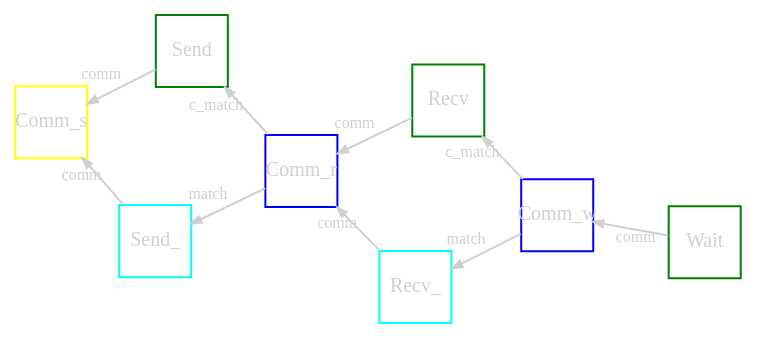
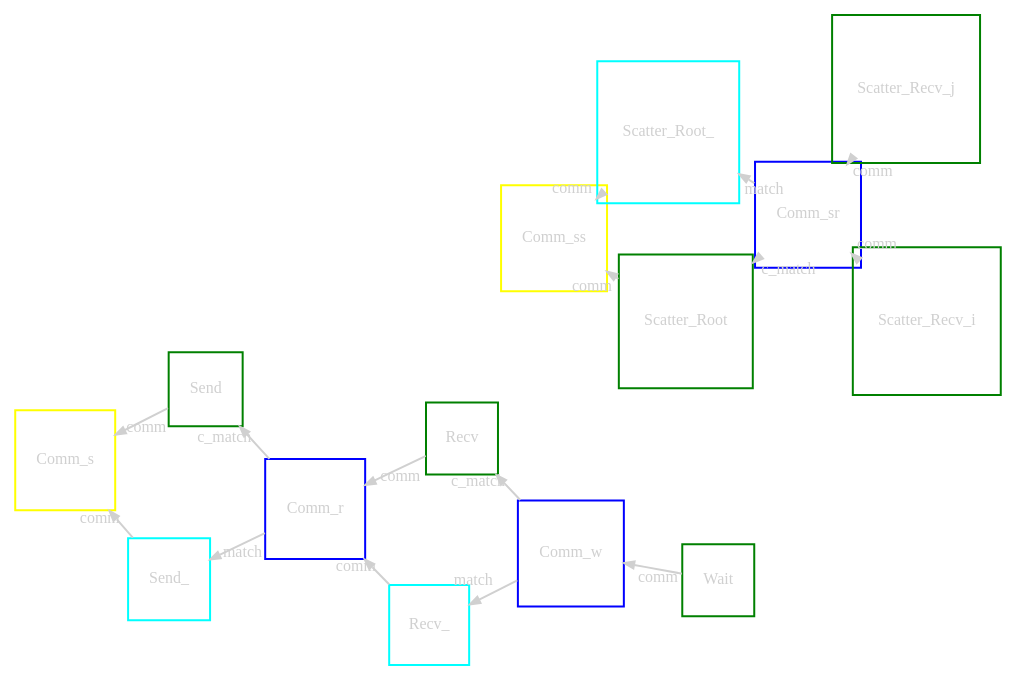
Before and after one commit to afarah1/pj_compensate: the diagram in README.org, drawn with Graphviz.

Commit message:
Update file descriptions and linking graph

```diff
--- a/README.org
+++ b/README.org
@@ -260,26 +260,38 @@
 #+begin_src dot :file graph.png :exports results
 digraph {
   bgcolor="transparent"
   layout="neato"
-  node [color="#D0D0D0", fontcolor="#D0D0D0", shape="square", fixedsize="true", fontsize="10"]
-  edge [color="#D0D0D0", fontcolor="#D0D0D0", fontsize=8, arrowsize=0.5]
+  node [color="#D0D0D0", fontcolor="#D0D0D0", shape="square", fontsize="8"]
+  edge [color="#D0D0D0", fontcolor="#D0D0D0", fontsize=8, arrowsize=0.5 ]
   color="#D0D0D0"
-  Recv   [ color="green"   ] // State
-  Recv_  [ color="cyan"    ] // State (copy)
-  Comm_r [ color="blue"    ] // Comm
-  Comm_s [ color="yellow"  ] // Comm (fake, bytes only)
-  Comm_w [ color="blue"    ]
-  Send   [ color="green"   ]
-  Send_  [ color="cyan"    ]
-  Wait   [ color="green"   ]
-  Recv   -> Comm_r [ label="comm"    ]
-  Comm_r -> Send   [ label="c_match" ]
-  Comm_r -> Send_  [ label="match"   ]
-  Send   -> Comm_s [ label="comm"    ]
-  Send_  -> Comm_s [ label="comm"    ]
-  Wait   -> Comm_w [ label="comm"    ]
-  Comm_w -> Recv   [ label="c_match" ]
-  Comm_w -> Recv_  [ label="match"   ]
-  Recv_  -> Comm_r [ label="comm"    ]
+  Recv           [ color="green"  ] // State
+  Recv_          [ color="cyan"   ] // State (copy)
+  Comm_r         [ color="blue"   ] // Comm
+  Comm_s         [ color="yellow" ] // Comm (fake, bytes only)
+  Comm_ss        [ color="yellow" ]
+  Comm_w         [ color="blue"   ]
+  Send           [ color="green"  ]
+  Send_          [ color="cyan"   ]
+  Wait           [ color="green"  ]
+  Comm_sr        [ color="blue"   ]
+  Scatter_Recv_i [ color="green"  ]
+  Scatter_Recv_j [ color="green"  ]
+  Scatter_Root   [ color="green"  ]
+  Scatter_Root_  [ color="cyan"   ]
+  Recv   -> Comm_r          [ label="comm"    ]
+  Comm_r -> Send            [ label="c_match" ]
+  Comm_r -> Send_           [ label="match"   ]
+  Send   -> Comm_s          [ label="comm"    ]
+  Send_  -> Comm_s          [ label="comm"    ]
+  Wait   -> Comm_w          [ label="comm"    ]
+  Comm_w -> Recv            [ label="c_match" ]
+  Comm_w -> Recv_           [ label="match"   ]
+  Recv_  -> Comm_r          [ label="comm"    ]
+  Scatter_Recv_i -> Comm_sr [ label="comm"    ]
+  Scatter_Recv_j -> Comm_sr [ label="comm"    ]
+  Comm_sr -> Scatter_Root   [ label="c_match" ]
+  Comm_sr -> Scatter_Root_  [ label="match"   ]
+  Scatter_Root -> Comm_ss   [ label="comm"    ]
+  Scatter_Root_ -> Comm_ss  [ label="comm"    ]
 }
 #+end_src
```
